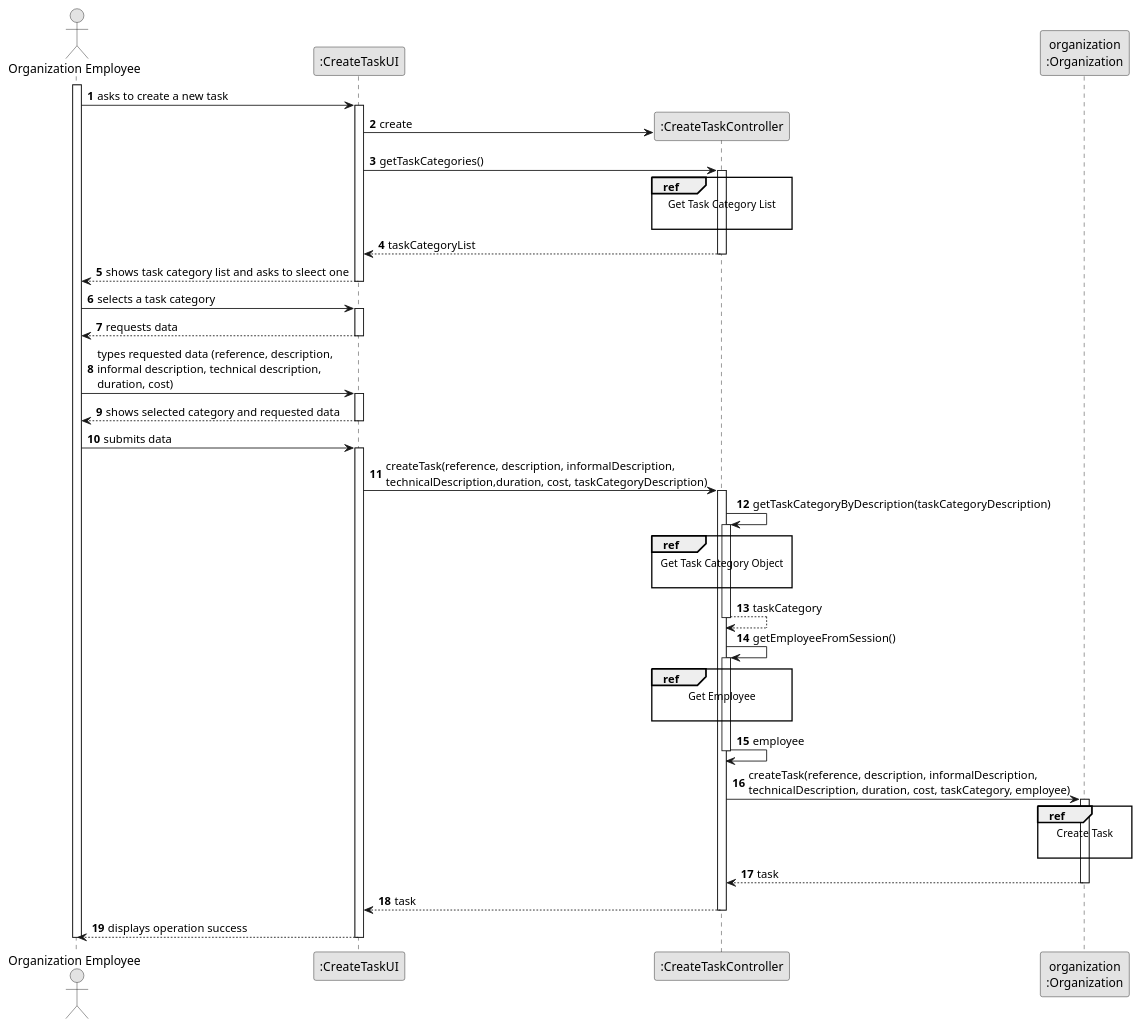
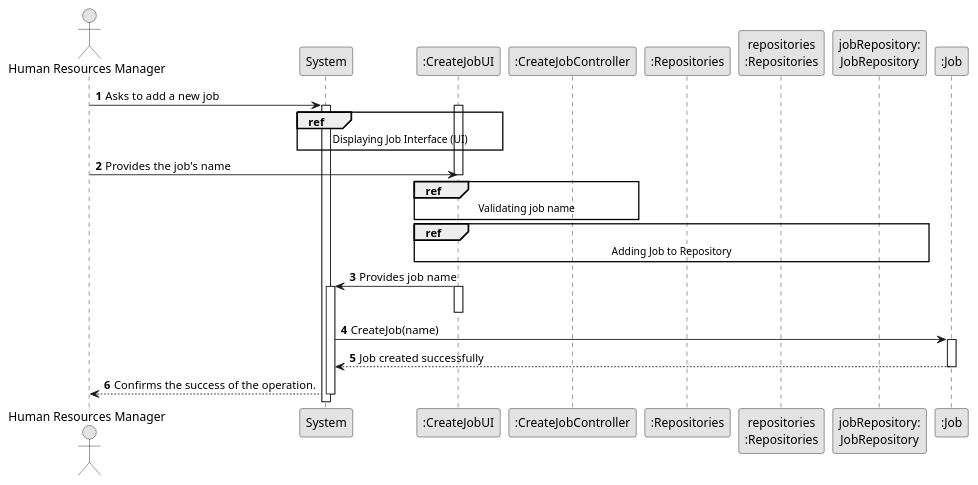
Before and after one commit to SAEmanuel/Green_Spaces_Management_ISEP: the diagram in docs/sprintB/us002/03.design/puml/us002-sequence-diagram-split.puml, drawn with PlantUML. The commit also changed 7 other files, not shown here.

Commit message:
US2 - design partial diagrams: v1

```diff
--- a/docs/sprintB/us002/03.design/puml/us002-sequence-diagram-split.puml
+++ b/docs/sprintB/us002/03.design/puml/us002-sequence-diagram-split.puml
@@ -1,92 +1,49 @@
 @startuml
 skinparam monochrome true
 skinparam packageStyle rectangle
 skinparam shadowing false
 
 autonumber
 
 'hide footbox
-actor "Organization Employee" as ADM
-participant ":CreateTaskUI" as UI
-participant ":CreateTaskController" as CTRL
-participant "organization\n:Organization" as ORG
+actor "Human Resources Manager" as HRM
+participant "System" as System
+participant ":CreateJobUI" as UI
+participant ":CreateJobController" as CTRL
+participant ":Repositories" as RepositorySingleton
+participant "repositories\n:Repositories" as PLAT
+participant "jobRepository:\nJobRepository" as jobRepository
+participant ":Job" as Job
 
-activate ADM
+HRM -> System : Asks to add a new job
+activate System
 
-    ADM -> UI : asks to create a new task
 
-    activate UI
+activate UI
+ref over System, UI : Displaying Job Interface (UI)
 
-        UI -> CTRL** : create
-        UI -> CTRL : getTaskCategories()
-        ref over CTRL
-            Get Task Category List
+HRM -> UI : Provides the job's name
 
-        end ref
+deactivate UI
 
-        activate CTRL
 
-            CTRL --> UI : taskCategoryList
-        deactivate CTRL
+ref over UI, CTRL : Validating job name
+ref over UI, PLAT, jobRepository :  Adding Job to Repository
 
-        UI --> ADM : shows task category list and asks to sleect one
-    deactivate UI
 
-    ADM -> UI : selects a task category
-    activate UI
 
-        UI --> ADM : requests data
-    deactivate UI
+UI -> System : Provides job name
+activate UI
+deactivate UI
+activate "System"
 
-    ADM -> UI : types requested data (reference, description,\ninformal description, technical description,\nduration, cost)
-    activate UI
+System -> Job : CreateJob(name)
+activate Job
 
-        UI --> ADM : shows selected category and requested data
-    deactivate UI
+Job --> System : Job created successfully
+deactivate Job
 
-    ADM -> UI : submits data
-    activate UI
-
-        UI -> CTRL : createTask(reference, description, informalDescription,\ntechnicalDescription,duration, cost, taskCategoryDescription)
-        activate CTRL
-
-            CTRL -> CTRL : getTaskCategoryByDescription(taskCategoryDescription)
-            activate CTRL
-
-                ref over CTRL
-                    Get Task Category Object
-
-                end ref
-
-                CTRL --> CTRL : taskCategory
-            deactivate CTRL
-
-            CTRL -> CTRL : getEmployeeFromSession()
-            activate CTRL
-
-                ref over CTRL
-                    Get Employee
-
-                end ref
-                CTRL -> CTRL : employee
-            deactivate CTRL
-
-            CTRL -> ORG: createTask(reference, description, informalDescription,\ntechnicalDescription, duration, cost, taskCategory, employee)
-            activate ORG
-
-                ref over ORG
-                    Create Task
-
-                end
-
-                ORG --> CTRL : task
-            deactivate ORG
-
-            CTRL --> UI: task
-            deactivate CTRL
-            UI --> ADM: displays operation success
-    deactivate UI
-
-deactivate ADM
+System --> HRM : Confirms the success of the operation.
+deactivate System
 
 @enduml
```
